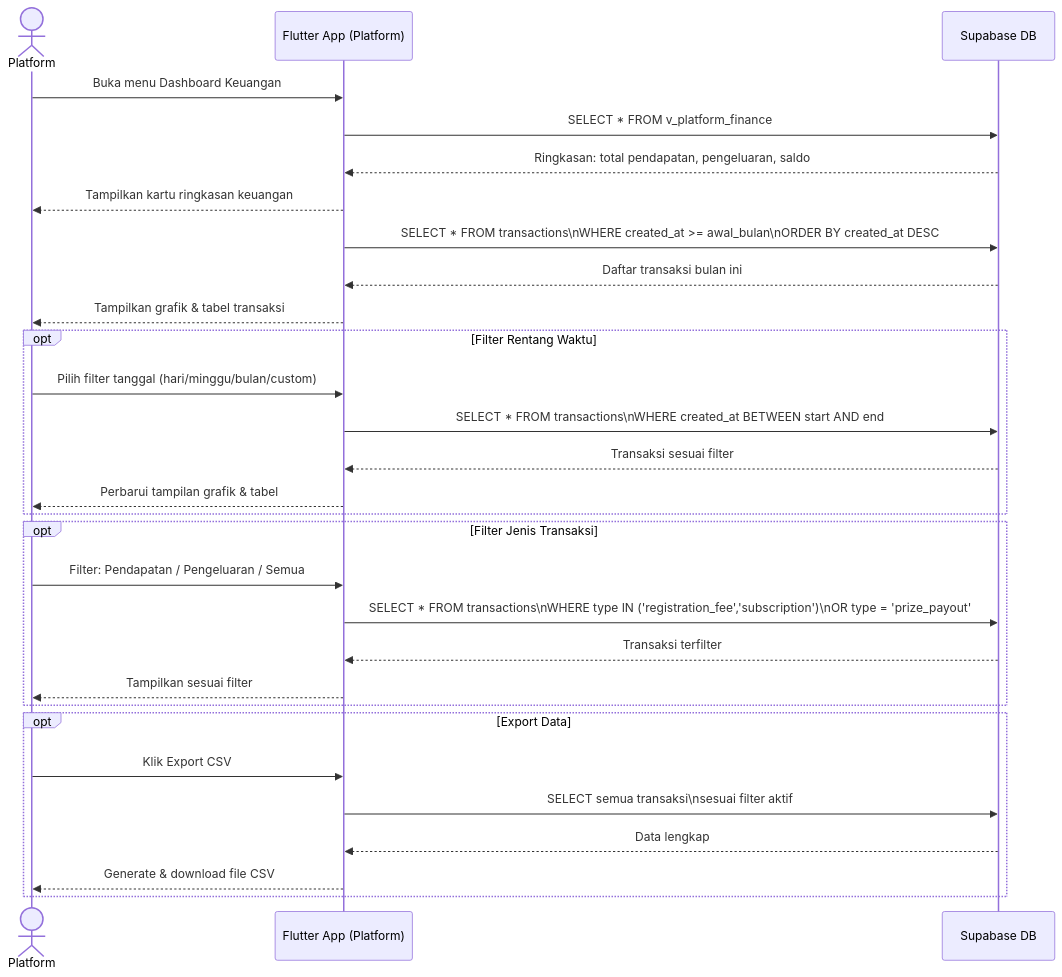
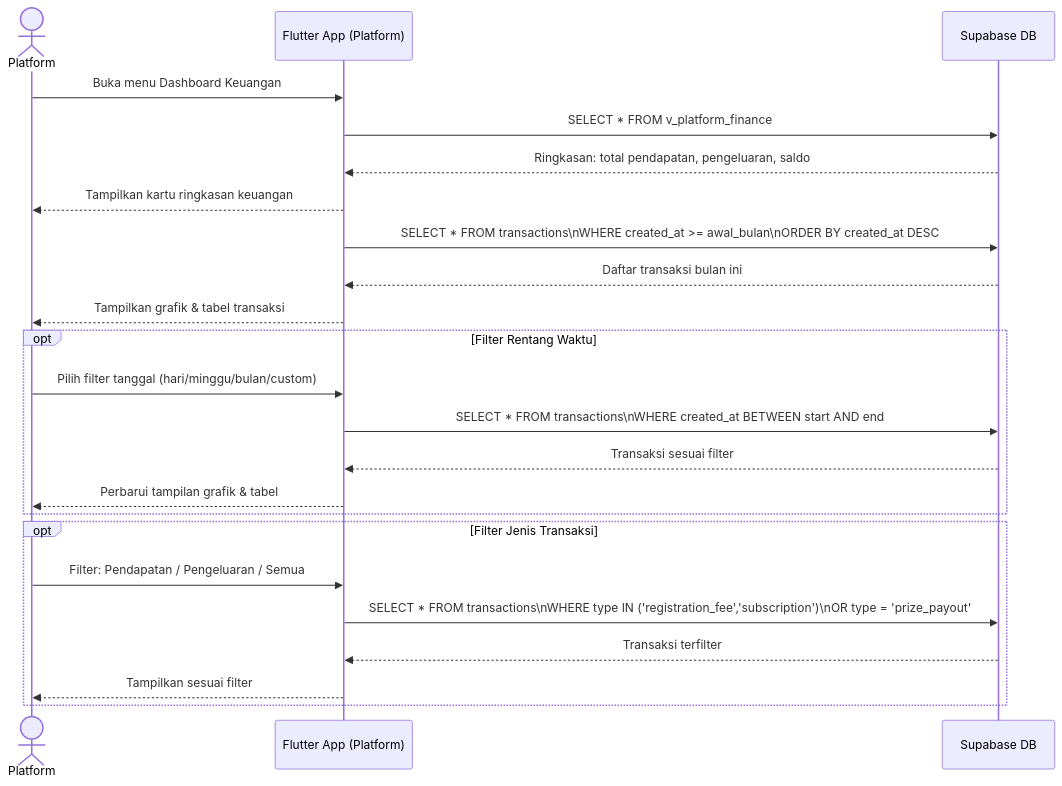
One commit to yosima050/booyahhub changed diagram 38 of 43 in DOKUMENTASI.md. Above: the diagram before and after it, drawn with Mermaid. The commit also changed other lines of this file, not shown here.

Commit message:
docs: remove CSV export documentation and workflow diagrams

````diff
--- a/DOKUMENTASI.md
+++ b/DOKUMENTASI.md
@@ -1413,37 +1411,30 @@
 ```mermaid
 sequenceDiagram
     actor Platform
     participant App as Flutter App (Platform)
     participant DB as Supabase DB
 
     Platform->>App: Buka menu Dashboard Keuangan
     App->>DB: SELECT * FROM v_platform_finance
     DB-->>App: Ringkasan: total pendapatan, pengeluaran, saldo
 
     App-->>Platform: Tampilkan kartu ringkasan keuangan
 
     App->>DB: SELECT * FROM transactions\nWHERE created_at >= awal_bulan\nORDER BY created_at DESC
     DB-->>App: Daftar transaksi bulan ini
     App-->>Platform: Tampilkan grafik & tabel transaksi
 
     opt Filter Rentang Waktu
         Platform->>App: Pilih filter tanggal (hari/minggu/bulan/custom)
         App->>DB: SELECT * FROM transactions\nWHERE created_at BETWEEN start AND end
         DB-->>App: Transaksi sesuai filter
         App-->>Platform: Perbarui tampilan grafik & tabel
     end
 
     opt Filter Jenis Transaksi
         Platform->>App: Filter: Pendapatan / Pengeluaran / Semua
         App->>DB: SELECT * FROM transactions\nWHERE type IN ('registration_fee','subscription')\nOR type = 'prize_payout'
         DB-->>App: Transaksi terfilter
         App-->>Platform: Tampilkan sesuai filter
     end
-
-    opt Export Data
-        Platform->>App: Klik Export CSV
-        App->>DB: SELECT semua transaksi\nsesuai filter aktif
-        DB-->>App: Data lengkap
-        App-->>Platform: Generate & download file CSV
-    end
 ```
````
